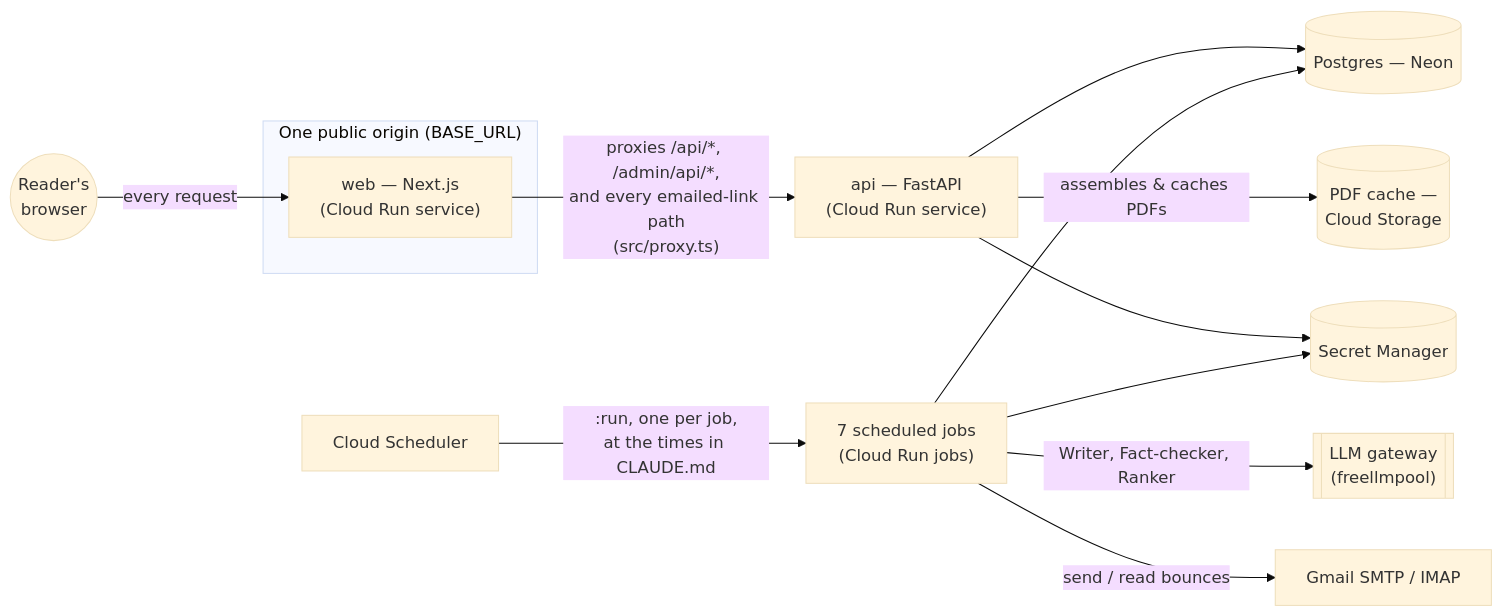
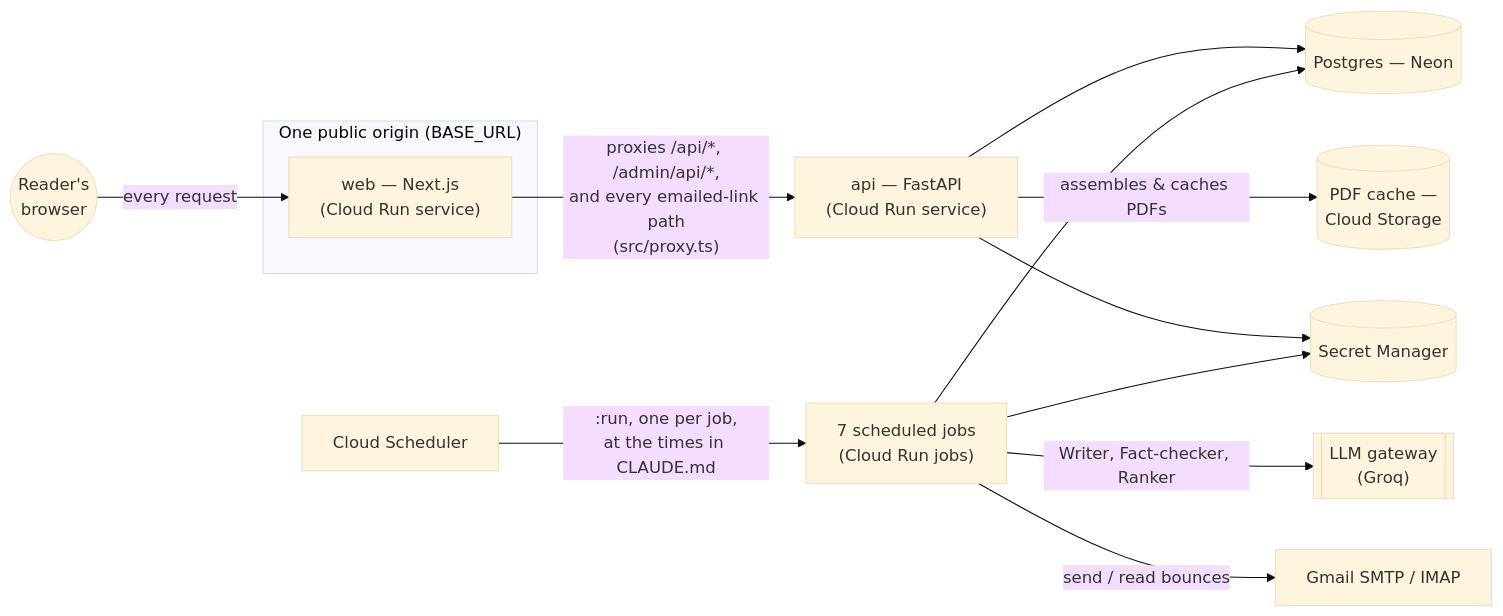
The first of 3 diagrams in docs/architecture.md (gurpreetmattu/the-morning-mosaic), drawn with Mermaid (base theme) before and after one commit. The commit also changed 33 other files, not shown here.

````diff
--- a/docs/architecture.md
+++ b/docs/architecture.md
@@ -9,28 +9,28 @@
 ```mermaid
 flowchart LR
     reader((Reader's<br/>browser))
     scheduler[Cloud Scheduler]
 
     subgraph "One public origin (BASE_URL)"
         web["web — Next.js<br/>(Cloud Run service)"]
     end
 
     api["api — FastAPI<br/>(Cloud Run service)"]
     jobs["7 scheduled jobs<br/>(Cloud Run jobs)"]
     db[(Postgres — Neon)]
-    llm[["LLM gateway<br/>(freellmpool)"]]
+    llm[["LLM gateway<br/>(Groq)"]]
     secrets[(Secret Manager)]
     pdf[(PDF cache —<br/>Cloud Storage)]
     gmail[Gmail SMTP / IMAP]
 
     reader -->|every request| web
     web -->|"proxies /api/*, /admin/api/*,<br/>and every emailed-link path<br/>(src/proxy.ts)"| api
     scheduler -->|":run, one per job,<br/>at the times in CLAUDE.md"| jobs
     api --> db
     jobs --> db
     api -->|assembles & caches PDFs| pdf
     jobs -->|Writer, Fact-checker, Ranker| llm
     jobs -->|send / read bounces| gmail
     api --> secrets
     jobs --> secrets
 ```
````
